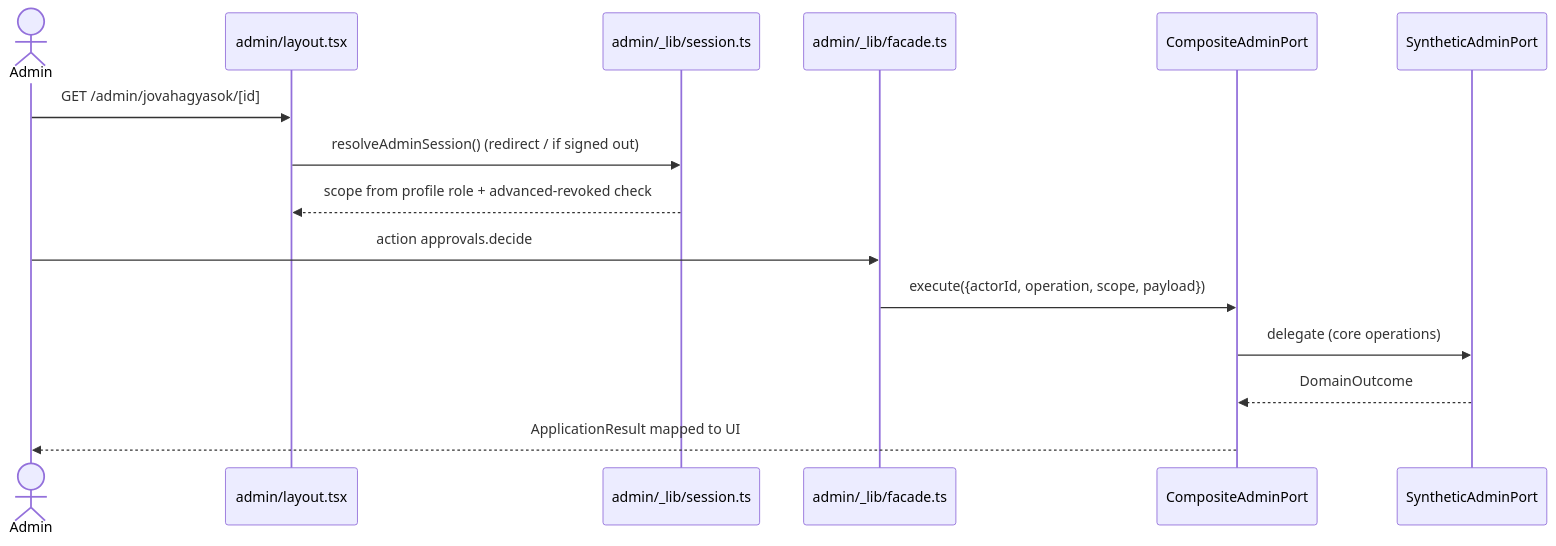
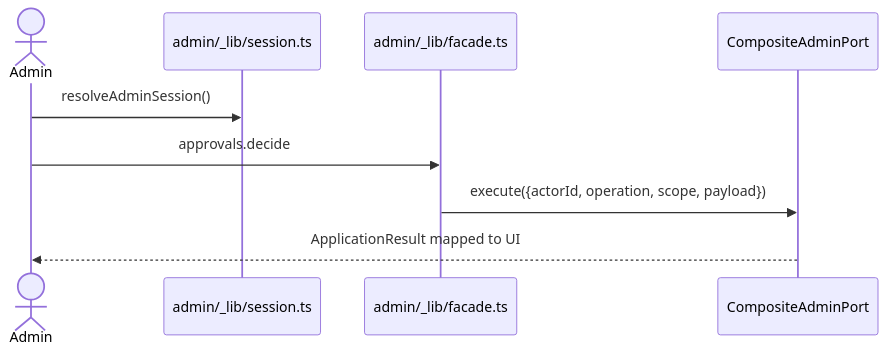
Before and after one commit to bbotond83/waldorf-community-task-manager: the fourth of 6 diagrams in aidlc/spaces/default/codekb/waldorf-community-task-manager/architecture.md, drawn with Mermaid. The commit also changed other lines of this file and 33 other files, not shown here.

````diff
--- a/aidlc/spaces/default/codekb/waldorf-community-task-manager/architecture.md
+++ b/aidlc/spaces/default/codekb/waldorf-community-task-manager/architecture.md
@@ -174,17 +151,11 @@
 ```mermaid
 sequenceDiagram
   actor A as Admin
-  participant L as admin/layout.tsx
   participant S as admin/_lib/session.ts
   participant F as admin/_lib/facade.ts
   participant CP as CompositeAdminPort
-  participant AP as SyntheticAdminPort
-  A->>L: GET /admin/jovahagyasok/[id]
-  L->>S: resolveAdminSession() (redirect / if signed out)
-  S-->>L: scope from profile role + advanced-revoked check
-  A->>F: action approvals.decide
+  A->>S: resolveAdminSession()
+  A->>F: approvals.decide
   F->>CP: execute({actorId, operation, scope, payload})
-  CP->>AP: delegate (core operations)
-  AP-->>CP: DomainOutcome
   CP-->>A: ApplicationResult mapped to UI
 ```
````
